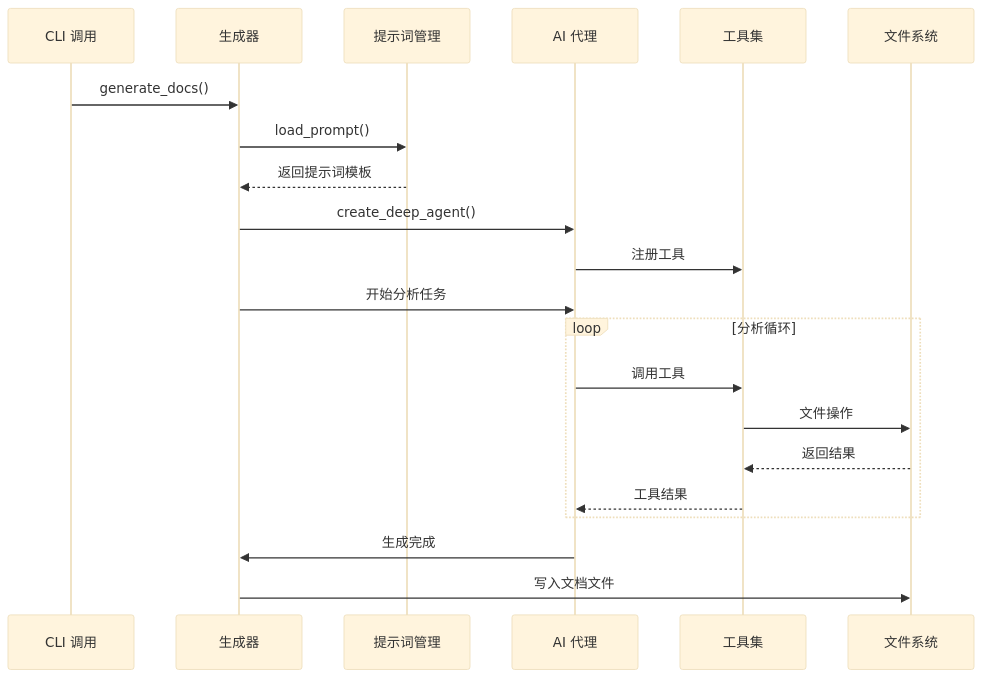
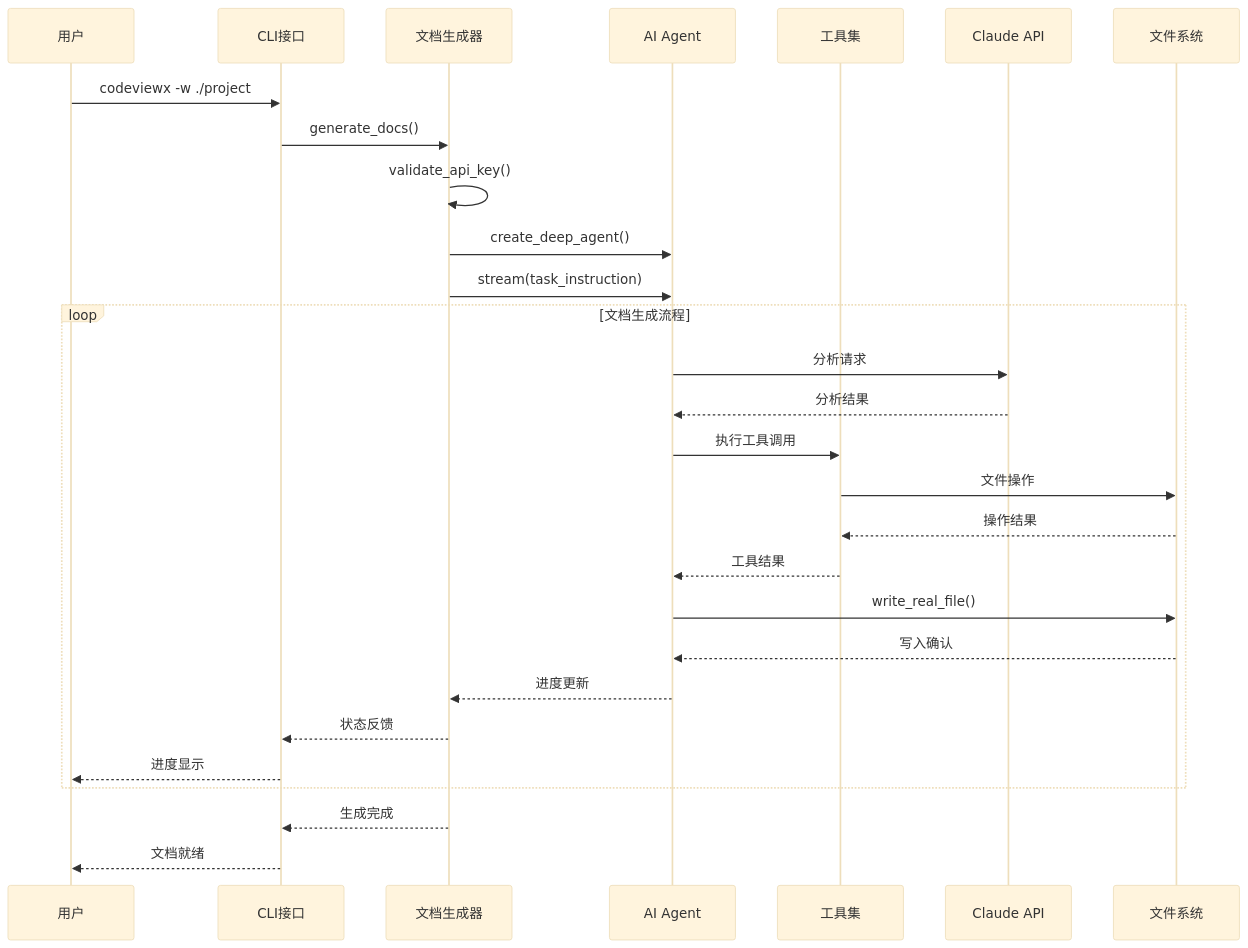
The fourth of 5 diagrams in docs/zh/03-architecture.md (dean2021/codeviewx), drawn with Mermaid (base theme) before and after one commit. The commit also changed other lines of this file and 6 other files, not shown here.

````diff
--- a/docs/zh/03-architecture.md
+++ b/docs/zh/03-architecture.md
@@ -98,24 +308,33 @@
 ```mermaid
 sequenceDiagram
-    participant CLI as CLI 调用
-    participant GEN as 生成器
-    participant PROMPT as 提示词管理
-    participant AGENT as AI 代理
-    participant TOOLS as 工具集
+    participant User as 用户
+    participant CLI as CLI接口
+    participant Generator as 文档生成器
+    participant Agent as AI Agent
+    participant Tools as 工具集
+    participant API as Claude API
     participant FS as 文件系统
     
-    CLI->>GEN: generate_docs()
-    GEN->>PROMPT: load_prompt()
-    PROMPT-->>GEN: 返回提示词模板
-    GEN->>AGENT: create_deep_agent()
-    AGENT->>TOOLS: 注册工具
-    GEN->>AGENT: 开始分析任务
-    loop 分析循环
-        AGENT->>TOOLS: 调用工具
-        TOOLS->>FS: 文件操作
-        FS-->>TOOLS: 返回结果
-        TOOLS-->>AGENT: 工具结果
+    User->>CLI: codeviewx -w ./project
+    CLI->>Generator: generate_docs()
+    Generator->>Generator: validate_api_key()
+    Generator->>Agent: create_deep_agent()
+    Generator->>Agent: stream(task_instruction)
+    
+    loop 文档生成流程
+        Agent->>API: 分析请求
+        API-->>Agent: 分析结果
+        Agent->>Tools: 执行工具调用
+        Tools->>FS: 文件操作
+        FS-->>Tools: 操作结果
+        Tools-->>Agent: 工具结果
+        Agent->>FS: write_real_file()
+        FS-->>Agent: 写入确认
+        Agent-->>Generator: 进度更新
+        Generator-->>CLI: 状态反馈
+        CLI-->>User: 进度显示
     end
-    AGENT->>GEN: 生成完成
-    GEN->>FS: 写入文档文件
+    
+    Generator-->>CLI: 生成完成
+    CLI-->>User: 文档就绪
 ```
````
